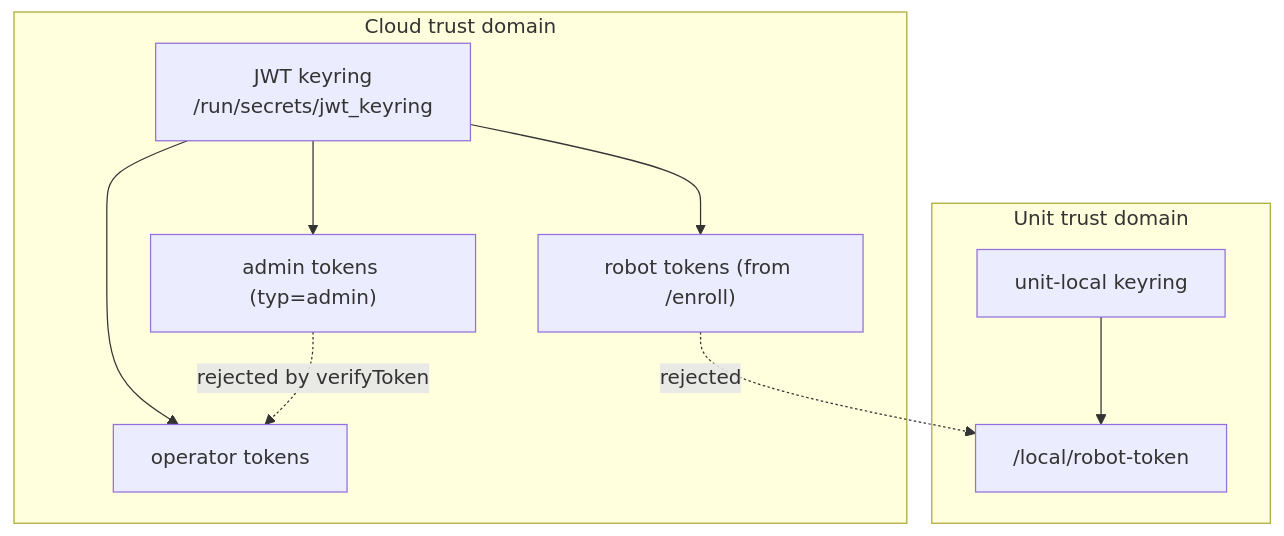
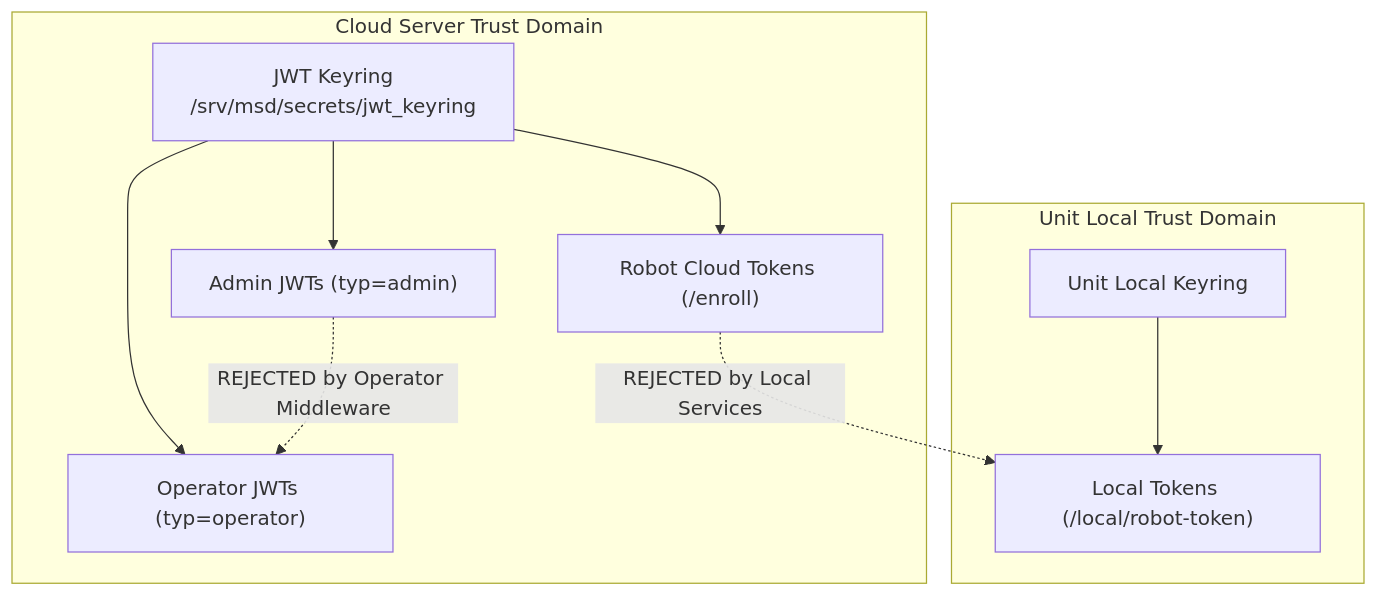
Before and after one commit to itbdelaboprogramming/msd700_documentation: the seventh of 8 diagrams in docs/development/architecture.md, drawn with Mermaid. The commit also changed other lines of this file and 16 other files, not shown here.

Commit message:
docs: overhaul documentation structure and clarify fleet addressing and command schemas

````diff
--- a/docs/development/architecture.md
+++ b/docs/development/architecture.md
@@ -241,20 +255,22 @@
 ```mermaid
 flowchart TB
-  subgraph cloud["Cloud trust domain"]
-    CK["JWT keyring<br/>/run/secrets/jwt_keyring"]
-    CU["operator tokens"]
-    CA["admin tokens (typ=admin)"]
-    CR["robot tokens (from /enroll)"]
-  end
-  subgraph unitd["Unit trust domain"]
-    LK["unit-local keyring"]
-    LR["/local/robot-token"]
+  subgraph CloudDomain["Cloud Server Trust Domain"]
+    KEYRING["JWT Keyring<br/>/srv/msd/secrets/jwt_keyring"]
+    OP_TOKENS["Operator JWTs (typ=operator)"]
+    ADMIN_TOKENS["Admin JWTs (typ=admin)"]
+    ROBOT_TOKENS["Robot Cloud Tokens (/enroll)"]
   end
 
-  CK --> CU
-  CK --> CA
-  CK --> CR
-  LK --> LR
-  CR -.->|"rejected"| LR
-  CA -.->|"rejected by verifyToken"| CU
+  subgraph UnitDomain["Unit Local Trust Domain"]
+    LOCAL_KEY["Unit Local Keyring"]
+    LOCAL_TOKENS["Local Tokens (/local/robot-token)"]
+  end
+
+  KEYRING --> OP_TOKENS
+  KEYRING --> ADMIN_TOKENS
+  KEYRING --> ROBOT_TOKENS
+  LOCAL_KEY --> LOCAL_TOKENS
+
+  ROBOT_TOKENS -.->|"REJECTED by Local Services"| LOCAL_TOKENS
+  ADMIN_TOKENS -.->|"REJECTED by Operator Middleware"| OP_TOKENS
 ```
````
